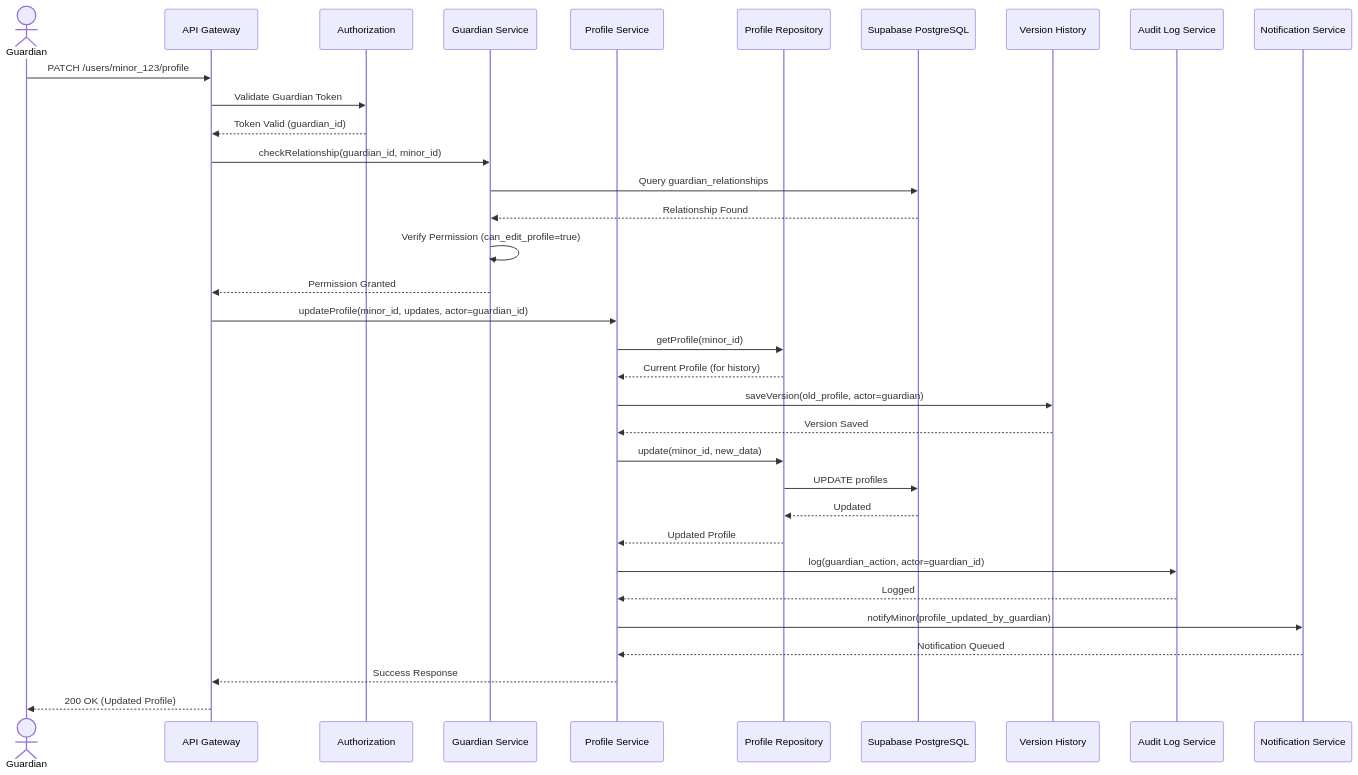
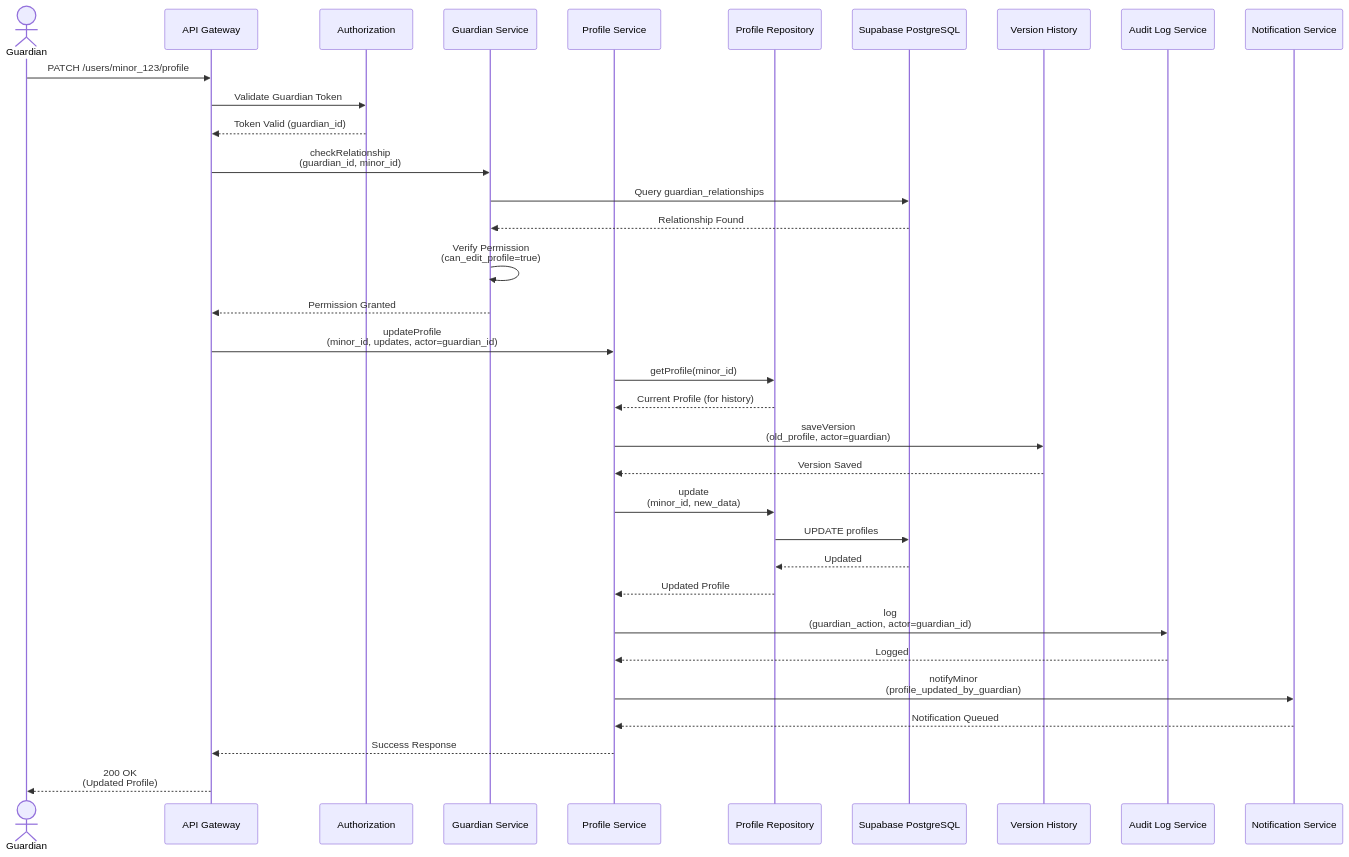
The fourth of 4 diagrams in architecture/component-architecture.qmd (mastrolinux/final-project), drawn with Mermaid before and after one commit. The commit also changed other lines of this file and 6 other files, not shown here.

Commit message:
Refactor identity management documentation to improve clarity and structure. Fixed graphs.

````diff
--- a/architecture/component-architecture.qmd
+++ b/architecture/component-architecture.qmd
@@ -250,37 +250,37 @@
-```mermaid
+```{mermaid}
 sequenceDiagram
     actor Guardian
     participant API as API Gateway
     participant Auth as Authorization
     participant GS as Guardian Service
     participant PS as Profile Service
     participant PR as Profile Repository
     participant DB as Supabase PostgreSQL
     participant History as Version History
     participant Audit as Audit Log Service
     participant Notify as Notification Service
     
     Guardian->>API: PATCH /users/minor_123/profile
     API->>Auth: Validate Guardian Token
     Auth-->>API: Token Valid (guardian_id)
-    API->>GS: checkRelationship(guardian_id, minor_id)
+    API->>GS: checkRelationship<br/>(guardian_id, minor_id)
     GS->>DB: Query guardian_relationships
     DB-->>GS: Relationship Found
-    GS->>GS: Verify Permission (can_edit_profile=true)
+    GS->>GS: Verify Permission<br/>(can_edit_profile=true)
     GS-->>API: Permission Granted
-    API->>PS: updateProfile(minor_id, updates, actor=guardian_id)
+    API->>PS: updateProfile<br/>(minor_id, updates, actor=guardian_id)
     PS->>PR: getProfile(minor_id)
     PR-->>PS: Current Profile (for history)
-    PS->>History: saveVersion(old_profile, actor=guardian)
+    PS->>History: saveVersion<br/>(old_profile, actor=guardian)
     History-->>PS: Version Saved
-    PS->>PR: update(minor_id, new_data)
+    PS->>PR: update<br/>(minor_id, new_data)
     PR->>DB: UPDATE profiles
     DB-->>PR: Updated
     PR-->>PS: Updated Profile
-    PS->>Audit: log(guardian_action, actor=guardian_id)
+    PS->>Audit: log<br/>(guardian_action, actor=guardian_id)
     Audit-->>PS: Logged
-    PS->>Notify: notifyMinor(profile_updated_by_guardian)
+    PS->>Notify: notifyMinor<br/>(profile_updated_by_guardian)
     Notify-->>PS: Notification Queued
     PS-->>API: Success Response
-    API-->>Guardian: 200 OK (Updated Profile)
+    API-->>Guardian: 200 OK<br/>(Updated Profile)
 ```
````
